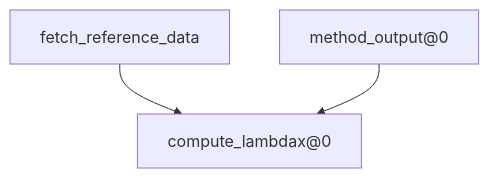
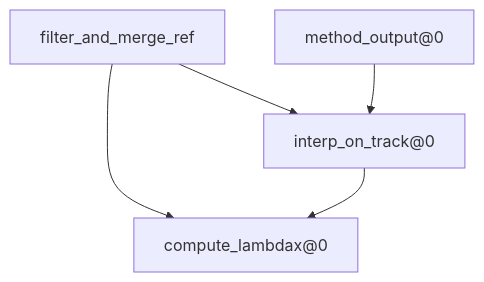
Before and after one commit to quentinf00/my_ocb: the diagram in datachallenges/dc_ose_2021/README.md, drawn with Mermaid. The commit also changed 5 other files, not shown here.

````diff
--- a/datachallenges/dc_ose_2021/README.md
+++ b/datachallenges/dc_ose_2021/README.md
@@ -3,8 +3,11 @@
 ```mermaid
 flowchart TD
-	node1["compute_lambdax@0"]
-	node4["fetch_reference_data"]
-	node5["method_output@0"]
-	node4-->node1
-	node5-->node1
+        node1["compute_lambdax@0"]
+        node2["filter_and_merge_ref"]
+        node3["interp_on_track@0"]
+        node4["method_output@0"]
+        node2-->node1
+        node2-->node3
+        node3-->node1
+        node4-->node3
 ```
````
